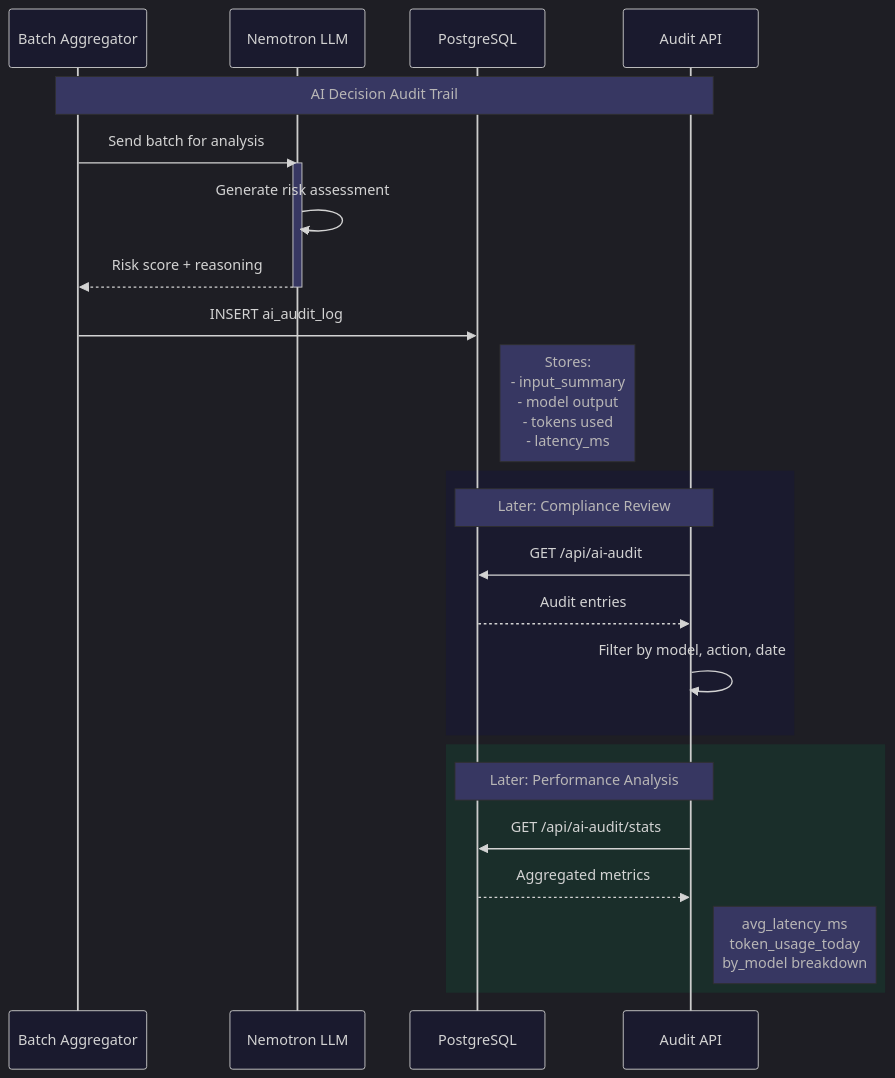
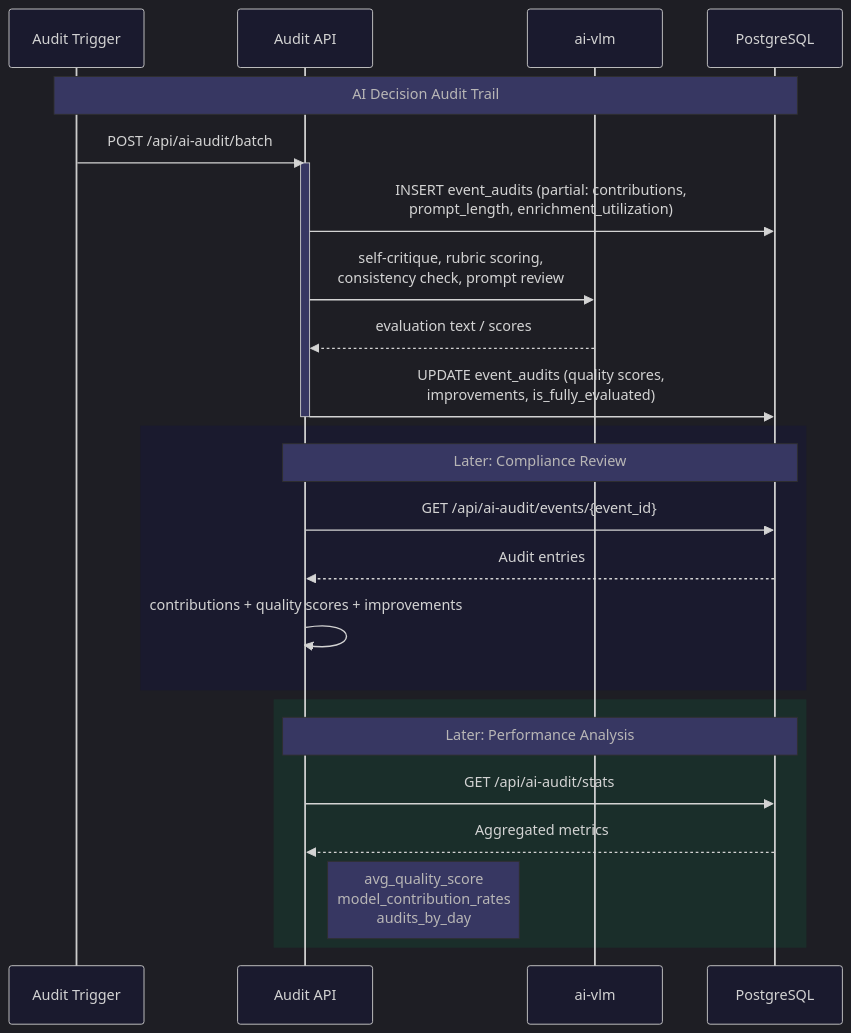
One commit to mikesvoboda/nemotron-v3-home-security-intelligence changed the third of 5 diagrams in docs/developer/api/ai-pipeline.md. Above: the diagram before and after it, drawn with Mermaid. The commit also changed other lines of this file and 231 other files, not shown here.

````diff
--- a/docs/developer/api/ai-pipeline.md
+++ b/docs/developer/api/ai-pipeline.md
@@ -322,33 +113,32 @@
 ```mermaid
 %%{init: {'theme': 'dark', 'themeVariables': {'primaryColor': '#3B82F6', 'primaryTextColor': '#FFFFFF', 'primaryBorderColor': '#60A5FA', 'secondaryColor': '#A855F7', 'tertiaryColor': '#009688', 'background': '#121212', 'mainBkg': '#1a1a2e', 'lineColor': '#666666'}}}%%
 sequenceDiagram
-    participant BA as Batch Aggregator
-    participant NEM as Nemotron LLM
+    participant OP as Audit Trigger
+    participant API as Audit API
+    participant VLM as ai-vlm
     participant DB as PostgreSQL
-    participant API as Audit API
 
-    Note over BA,API: AI Decision Audit Trail
+    Note over OP,DB: AI Decision Audit Trail
 
-    BA->>NEM: Send batch for analysis
-    activate NEM
-    NEM->>NEM: Generate risk assessment
-    NEM-->>BA: Risk score + reasoning
-    deactivate NEM
-
-    BA->>DB: INSERT ai_audit_log
-    Note right of DB: Stores:<br/>- input_summary<br/>- model output<br/>- tokens used<br/>- latency_ms
+    OP->>API: POST /api/ai-audit/batch
+    activate API
+    API->>DB: INSERT event_audits (partial: contributions,<br/>prompt_length, enrichment_utilization)
+    API->>VLM: self-critique, rubric scoring,<br/>consistency check, prompt review
+    VLM-->>API: evaluation text / scores
+    API->>DB: UPDATE event_audits (quality scores,<br/>improvements, is_fully_evaluated)
+    deactivate API
 
     rect rgb(26, 26, 46)
         Note over API,DB: Later: Compliance Review
-        API->>DB: GET /api/ai-audit
+        API->>DB: GET /api/ai-audit/events/{event_id}
         DB-->>API: Audit entries
-        API->>API: Filter by model, action, date
+        API->>API: contributions + quality scores + improvements
     end
 
     rect rgb(26, 46, 42)
         Note over API,DB: Later: Performance Analysis
         API->>DB: GET /api/ai-audit/stats
         DB-->>API: Aggregated metrics
-        Note right of API: avg_latency_ms<br/>token_usage_today<br/>by_model breakdown
+        Note right of API: avg_quality_score<br/>model_contribution_rates<br/>audits_by_day
     end
 ```
````
